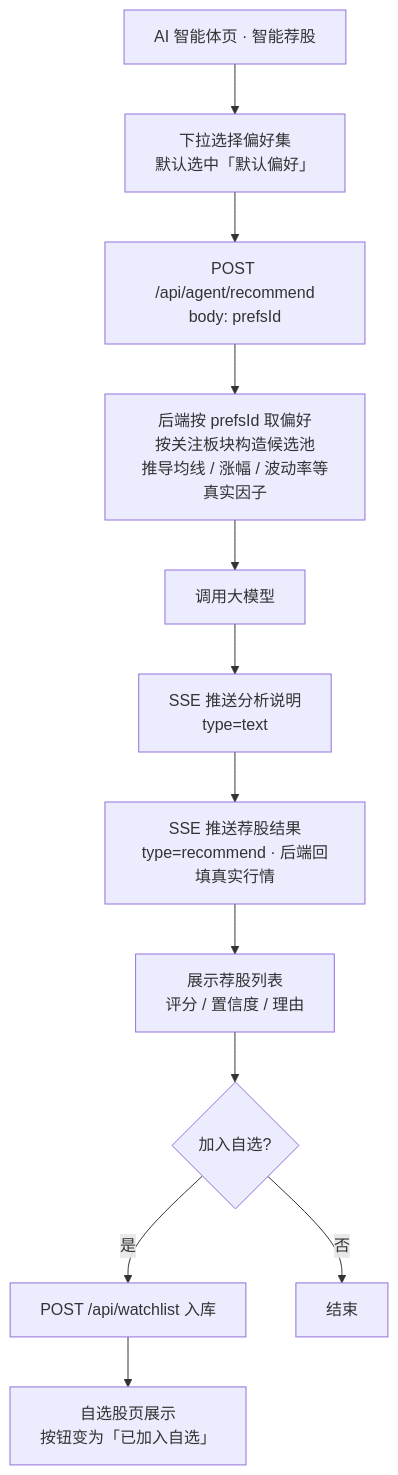
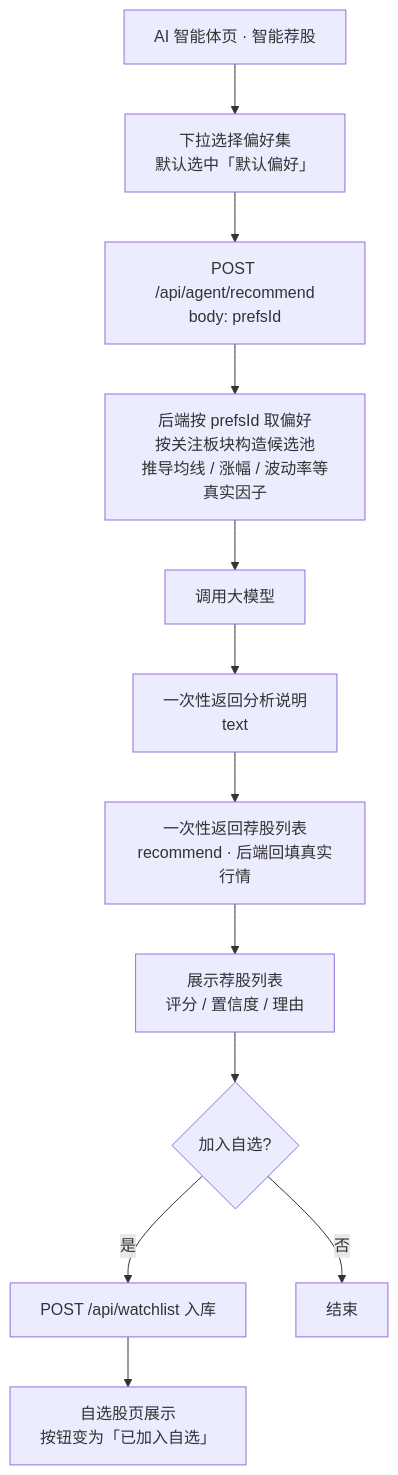
Before and after one commit to Song-Yingji/Iktsuarpok: the fourth of 11 diagrams in README.md, drawn with Mermaid. The commit also changed other lines of this file and 13 other files, not shown here.

````diff
--- a/README.md
+++ b/README.md
@@ -305,14 +308,14 @@
 ```mermaid
 flowchart TD
     A[AI 智能体页 · 智能荐股] --> B[下拉选择偏好集<br/>默认选中「默认偏好」]
     B --> C[POST /api/agent/recommend<br/>body: prefsId]
     C --> D[后端按 prefsId 取偏好<br/>按关注板块构造候选池<br/>推导均线 / 涨幅 / 波动率等真实因子]
     D --> E[调用大模型]
-    E --> F[SSE 推送分析说明<br/>type=text]
-    F --> G[SSE 推送荐股结果<br/>type=recommend · 后端回填真实行情]
+    E --> F[一次性返回分析说明<br/>text]
+    F --> G[一次性返回荐股列表<br/>recommend · 后端回填真实行情]
     G --> H[展示荐股列表<br/>评分 / 置信度 / 理由]
     H --> I{加入自选?}
     I -- 是 --> J[POST /api/watchlist 入库]
     J --> K[自选股页展示<br/>按钮变为「已加入自选」]
     I -- 否 --> Z[结束]
 ```
````
